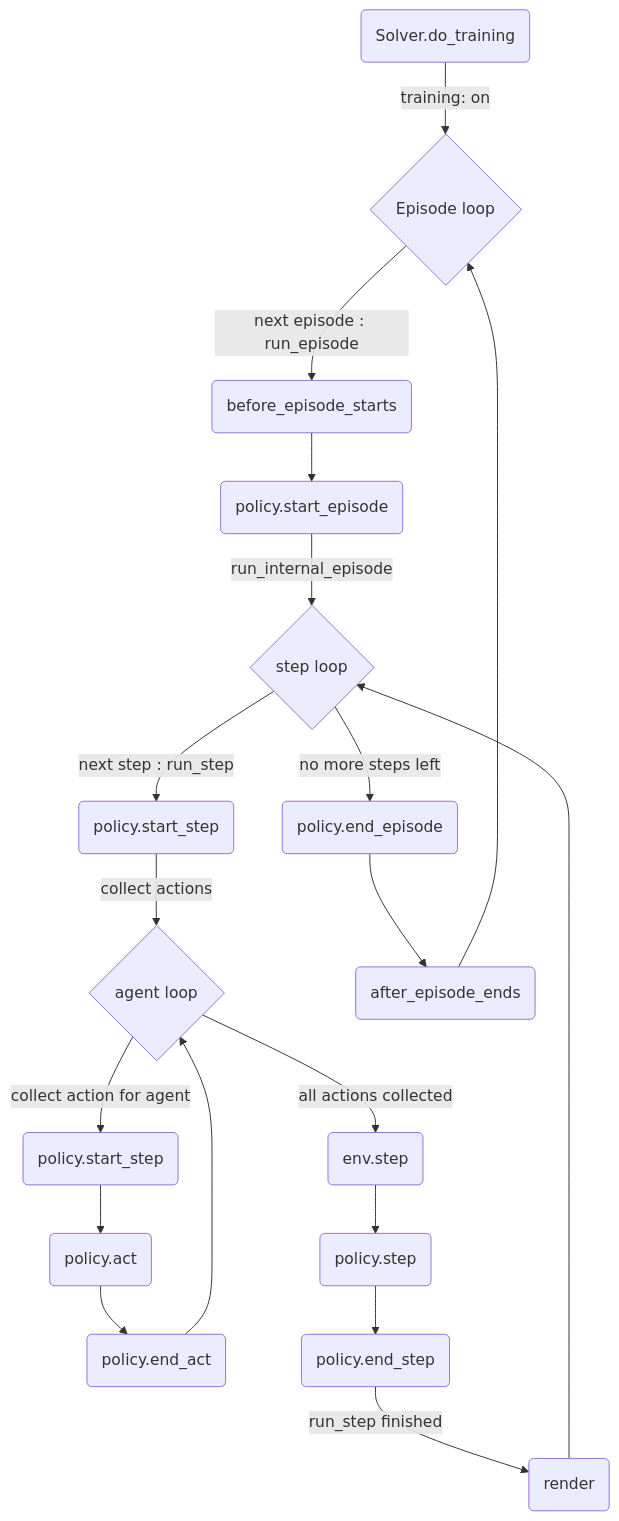
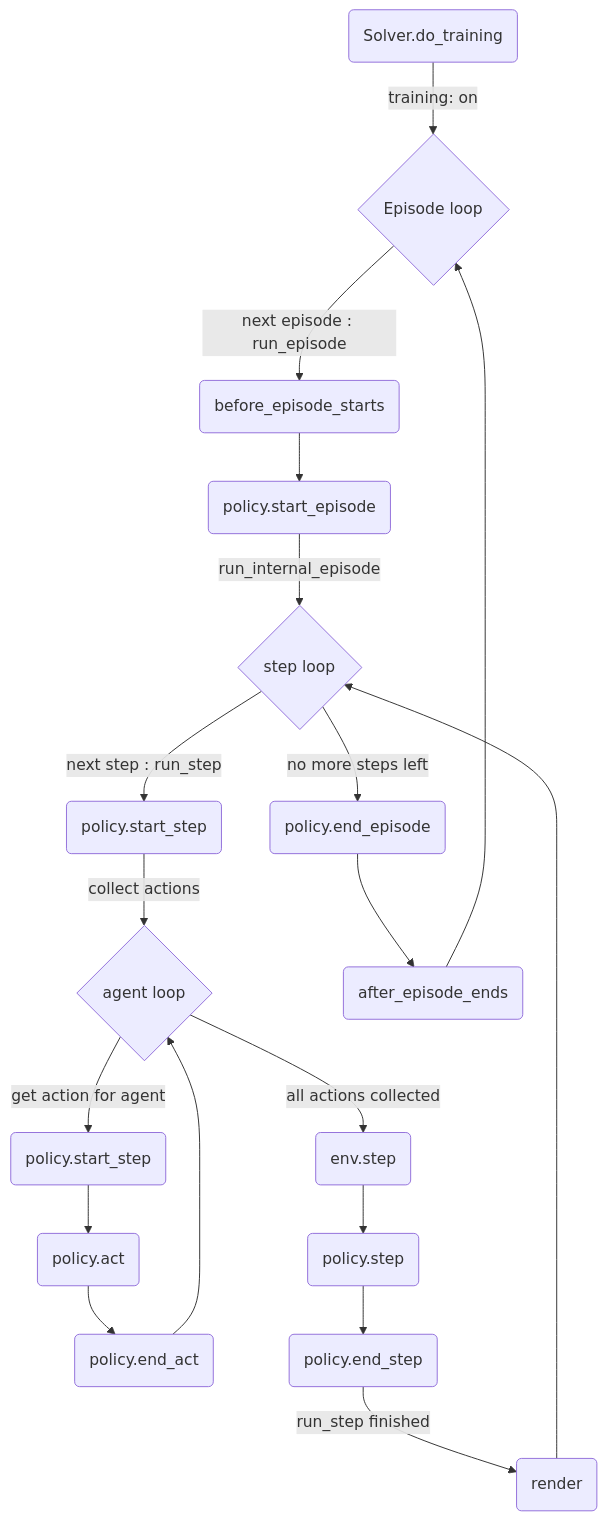
One commit to aiAdrian/flatland_solver_policy changed the second of 2 diagrams in README.md. Above: the diagram before and after it, drawn with Mermaid.

````diff
--- a/README.md
+++ b/README.md
@@ -32,22 +32,22 @@
 ```mermaid
 flowchart TD
     B(Solver.do_training)
     B --> |training: on| C{Episode loop}
     C --> |next episode : run_episode| D1(before_episode_starts)
     D1 --> D2(policy.start_episode)
     D2 --> |run_internal_episode| E{step loop}
     F1 --> |collect actions| G{agent loop}
     E --> |next step : run_step| F1(policy.start_step)
-    G -->  |collect action for agent| G1(policy.start_step)
+    G -->  |get action for agent| G1(policy.start_step)
     G1 --> G2(policy.act)
     G2 --> G3(policy.end_act)
     G3 --> G
     G --> |all actions collected|F2(env.step)
     F2 --> F3(policy.step)
     F3 --> F4(policy.end_step)
     F5 --> E
     D5 --> C
     E --> |no more steps left| D4(policy.end_episode)
     D4 --> D5(after_episode_ends) 
     F4 --> |run_step finished| F5(render) 
 ```
````
